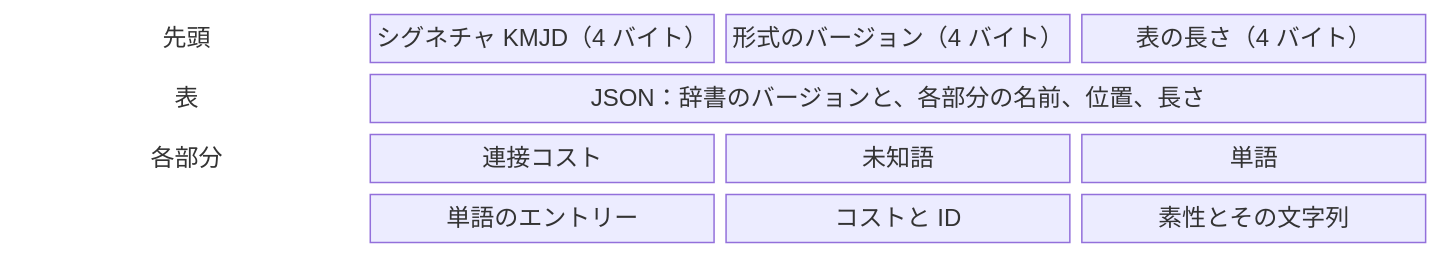
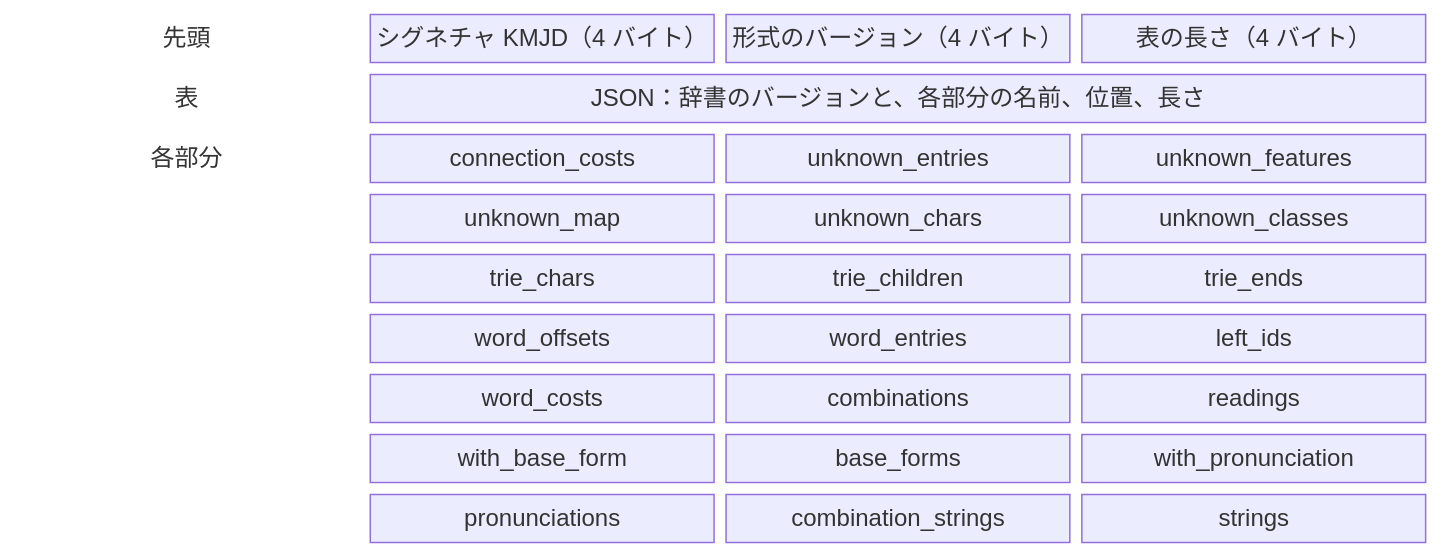
The first of 4 diagrams in docs/products/kuromojin/features/dictionary/design.ja.md (azu/kuromojin), drawn with Mermaid before and after one commit. The commit also changed other lines of this file and 1 other file, not shown here.

Commit message:
docs: name every part in the diagram of the file
Claude-Session: https://claude.ai/code/session_01TSdrAH6Tzz3ZGQ3oqCpGZ5

````diff
--- a/docs/products/kuromojin/features/dictionary/design.ja.md
+++ b/docs/products/kuromojin/features/dictionary/design.ja.md
@@ -78,11 +78,16 @@
 ```mermaid
 block-beta
     columns 4
     a["先頭"] s["シグネチャ KMJD（4 バイト）"] v["形式のバージョン（4 バイト）"] l["表の長さ（4 バイト）"]
     b["表"] t["JSON：辞書のバージョンと、各部分の名前、位置、長さ"]:3
-    c["各部分"] p1["連接コスト"] p2["未知語"] p3["単語"]
-    space p4["単語のエントリー"] p5["コストと ID"] p6["素性とその文字列"]
+    c["各部分"] p1["connection_costs"] p2["unknown_entries"] p3["unknown_features"]
+    space p4["unknown_map"] p5["unknown_chars"] p6["unknown_classes"]
+    space p7["trie_chars"] p8["trie_children"] p9["trie_ends"]
+    space p10["word_offsets"] p11["word_entries"] p12["left_ids"]
+    space p13["word_costs"] p14["combinations"] p15["readings"]
+    space p16["with_base_form"] p17["base_forms"] p18["with_pronunciation"]
+    space p19["pronunciations"] p20["combination_strings"] p21["strings"]
     style a fill:none,stroke:none
     style b fill:none,stroke:none
     style c fill:none,stroke:none
 ```
````
